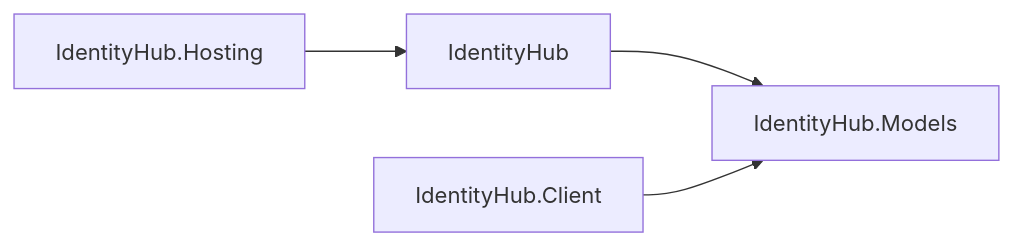
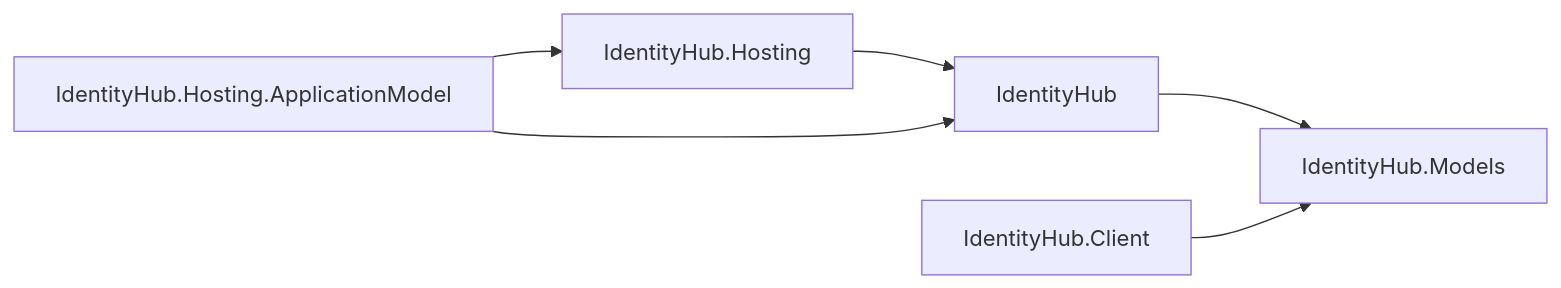
Diagram 16 of 27 in docs/DEPENDENCIES.md (assimalign/cohesion), drawn with Mermaid before and after one commit. The commit also changed other lines of this file and 454 other files, not shown here.

First line of the commit message:
feat(resources): give every resource area a Hosting.ApplicationModel integration

````diff
--- a/docs/DEPENDENCIES.md
+++ b/docs/DEPENDENCIES.md
@@ -720,10 +735,13 @@
 ```mermaid
 flowchart LR
     N0["IdentityHub"]
     N1["IdentityHub.Client"]
     N2["IdentityHub.Hosting"]
-    N3["IdentityHub.Models"]
-    N0 --> N3
-    N1 --> N3
+    N3["IdentityHub.Hosting.ApplicationModel"]
+    N4["IdentityHub.Models"]
+    N0 --> N4
+    N1 --> N4
     N2 --> N0
+    N3 --> N0
+    N3 --> N2
 ```
````
